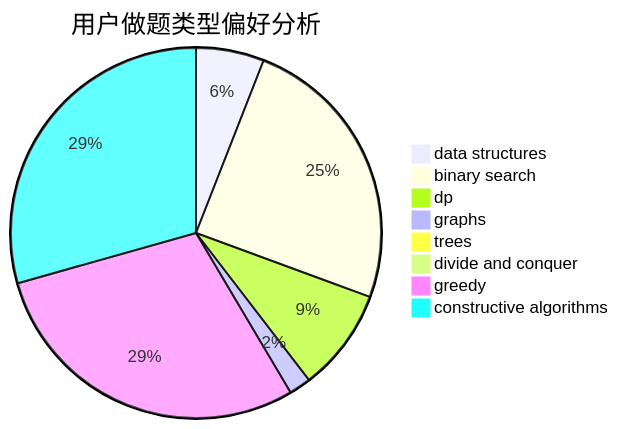
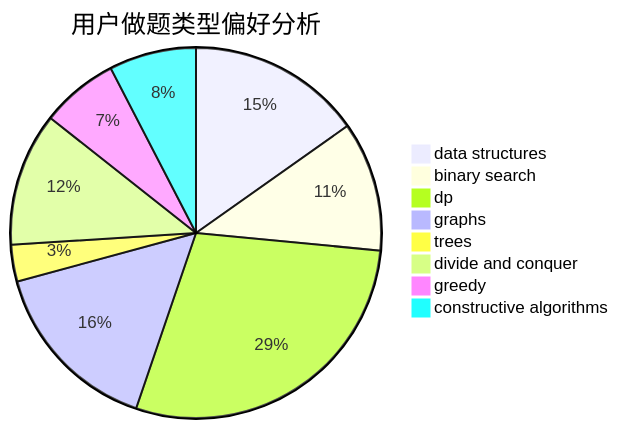
One commit to sherpahu/cfrs.github.io changed the second of 3 diagrams in docs/user/u1797.md. Above: the diagram before and after it, drawn with Mermaid. The commit also changed other lines of this file and 2770 other files, not shown here.

````diff
--- a/docs/user/u1797.md
+++ b/docs/user/u1797.md
@@ -23,11 +23,11 @@
 ```mermaid
 pie title 用户做题类型偏好分析
-    "data structures" :  53
-    "binary search" :  220
-    "dp" :  80
-    "graphs" :  17
-    "trees" :  1
-    "divide and conquer" :  0
-    "greedy" :  260
-    "constructive algorithms" :  262
+    "data structures" :  90
+    "binary search" :  67
+    "dp" :  170
+    "graphs" :  92
+    "trees" :  19
+    "divide and conquer" :  69
+    "greedy" :  40
+    "constructive algorithms" :  45
 ```
````
